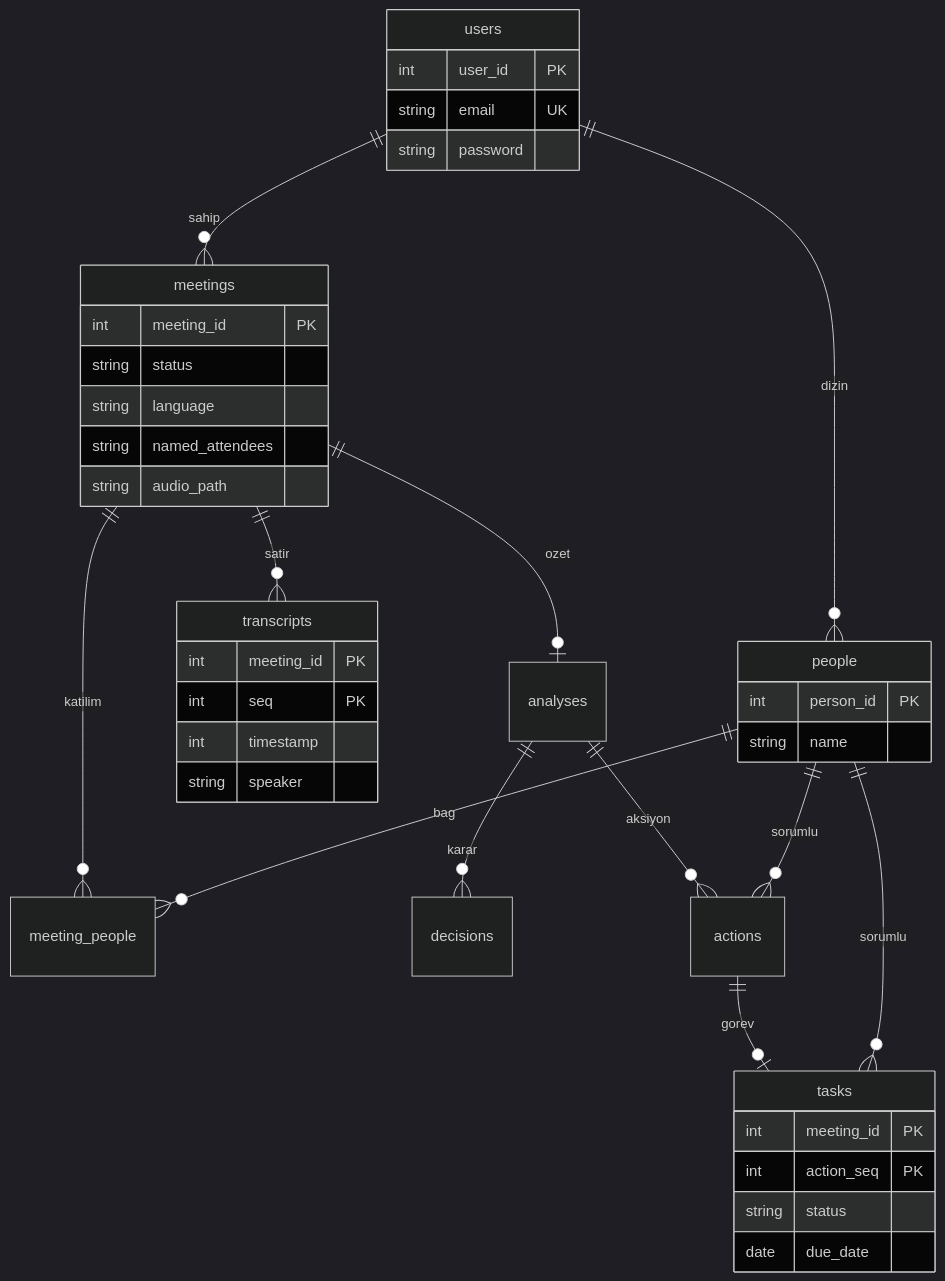
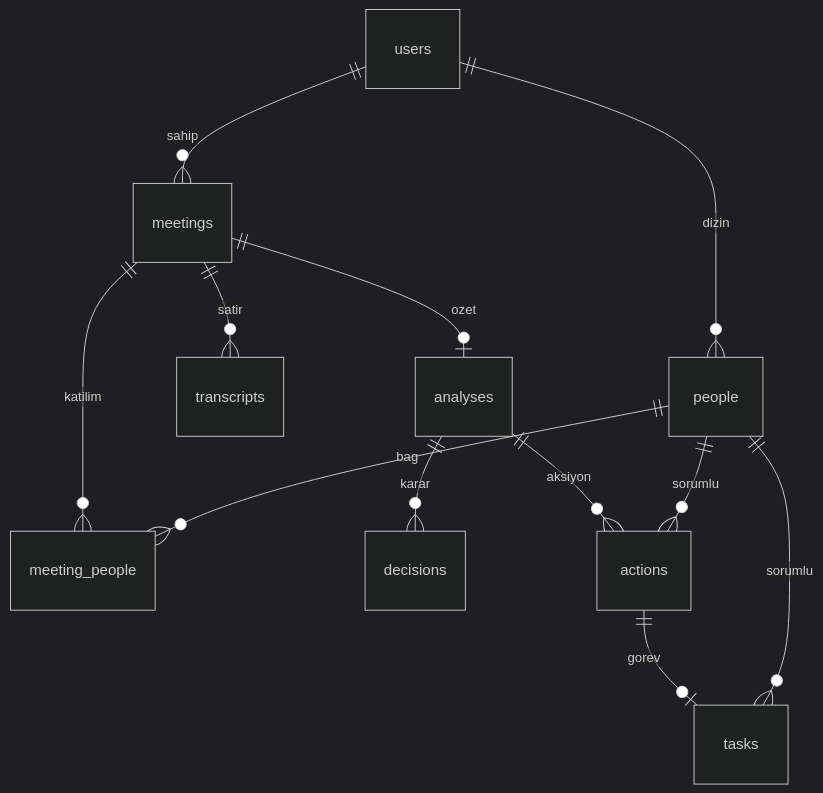
The third of 3 diagrams in README.md (Aypars/ai-scribe), drawn with Mermaid (dark theme) before and after one commit. The commit also changed other lines of this file and 9 other files, not shown here.

````diff
--- a/README.md
+++ b/README.md
@@ -134,43 +121,14 @@
 ```mermaid
 erDiagram
   users ||--o{ meetings : sahip
   users ||--o{ people : dizin
   meetings ||--o{ transcripts : satir
   meetings ||--o| analyses : ozet
   meetings ||--o{ meeting_people : katilim
   people ||--o{ meeting_people : bag
   analyses ||--o{ decisions : karar
   analyses ||--o{ actions : aksiyon
   actions ||--o| tasks : gorev
   people ||--o{ actions : sorumlu
   people ||--o{ tasks : sorumlu
-
-  users {
-    int user_id PK
-    string email UK
-    string password
-  }
-  meetings {
-    int meeting_id PK
-    string status
-    string language
-    string named_attendees
-    string audio_path
-  }
-  transcripts {
-    int meeting_id PK
-    int seq PK
-    int timestamp
-    string speaker
-  }
-  people {
-    int person_id PK
-    string name
-  }
-  tasks {
-    int meeting_id PK
-    int action_seq PK
-    string status
-    date due_date
-  }
 ```
````
